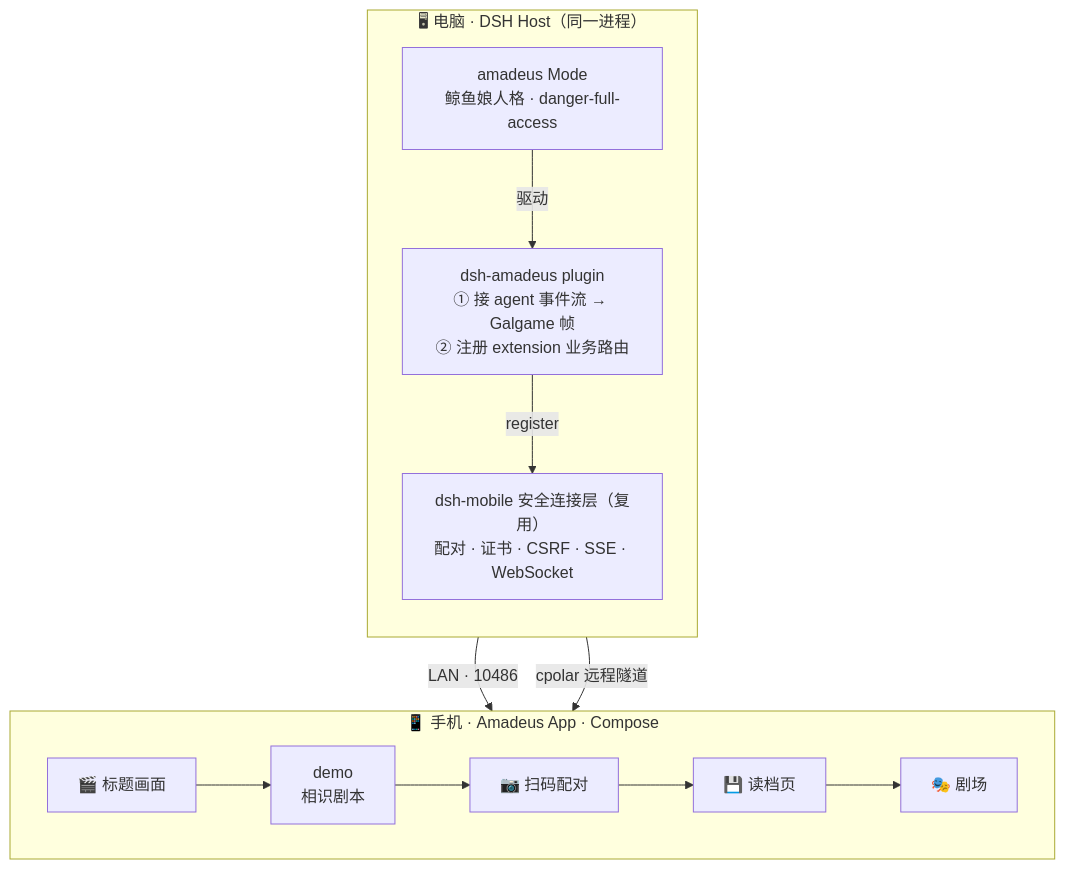
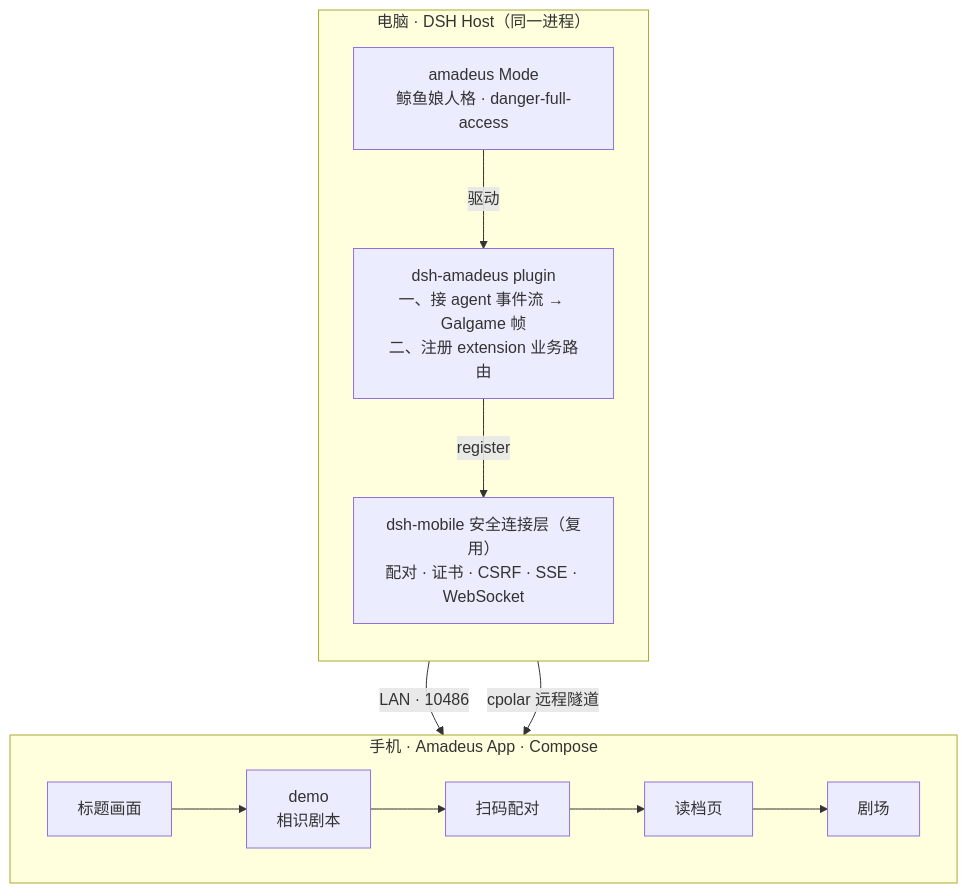
The first of 5 diagrams in README.md (saya-ch/dsh-amadeus), drawn with Mermaid before and after one commit. The commit also changed other lines of this file, not shown here.

````diff
--- a/README.md
+++ b/README.md
@@ -95,19 +165,19 @@
 ```mermaid
 flowchart TB
-    subgraph HOST["🖥 电脑 · DSH Host（同一进程）"]
+    subgraph HOST["电脑 · DSH Host（同一进程）"]
         direction TB
         MODE["amadeus Mode<br/>鲸鱼娘人格 · danger-full-access"]
-        PLUGIN["dsh-amadeus plugin<br/>① 接 agent 事件流 → Galgame 帧<br/>② 注册 extension 业务路由"]
+        PLUGIN["dsh-amadeus plugin<br/>一、接 agent 事件流 → Galgame 帧<br/>二、注册 extension 业务路由"]
         GW["dsh-mobile 安全连接层（复用）<br/>配对 · 证书 · CSRF · SSE · WebSocket"]
         MODE -->|"驱动"| PLUGIN
         PLUGIN -->|"register"| GW
     end
 
-    subgraph PHONE["📱 手机 · Amadeus App · Compose"]
+    subgraph PHONE["手机 · Amadeus App · Compose"]
         direction LR
-        T["🎬 标题画面"] --> D["demo<br/>相识剧本"] --> P["📷 扫码配对"] --> S["💾 读档页"] --> TH["🎭 剧场"]
+        T["标题画面"] --> D["demo<br/>相识剧本"] --> P["扫码配对"] --> S["读档页"] --> TH["剧场"]
     end
 
     GW -->|"LAN · 10486"| PHONE
     GW -->|"cpolar 远程隧道"| PHONE
 ```
````
